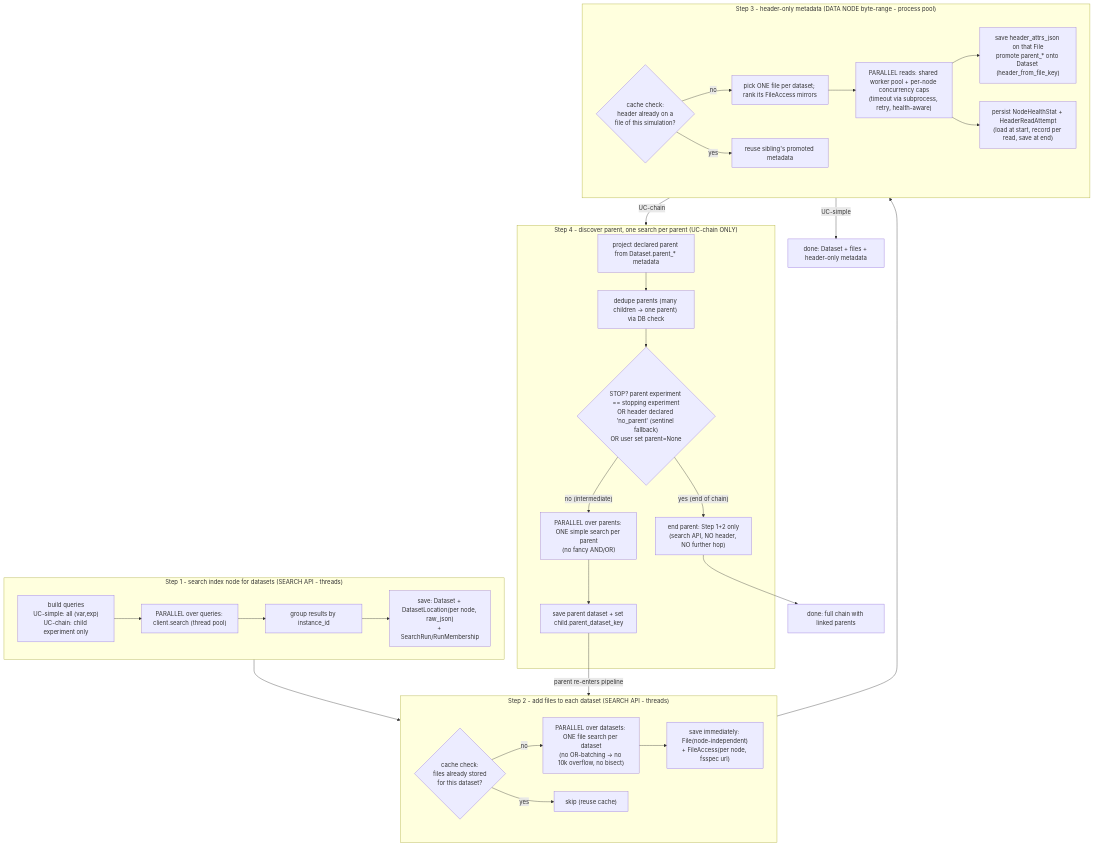
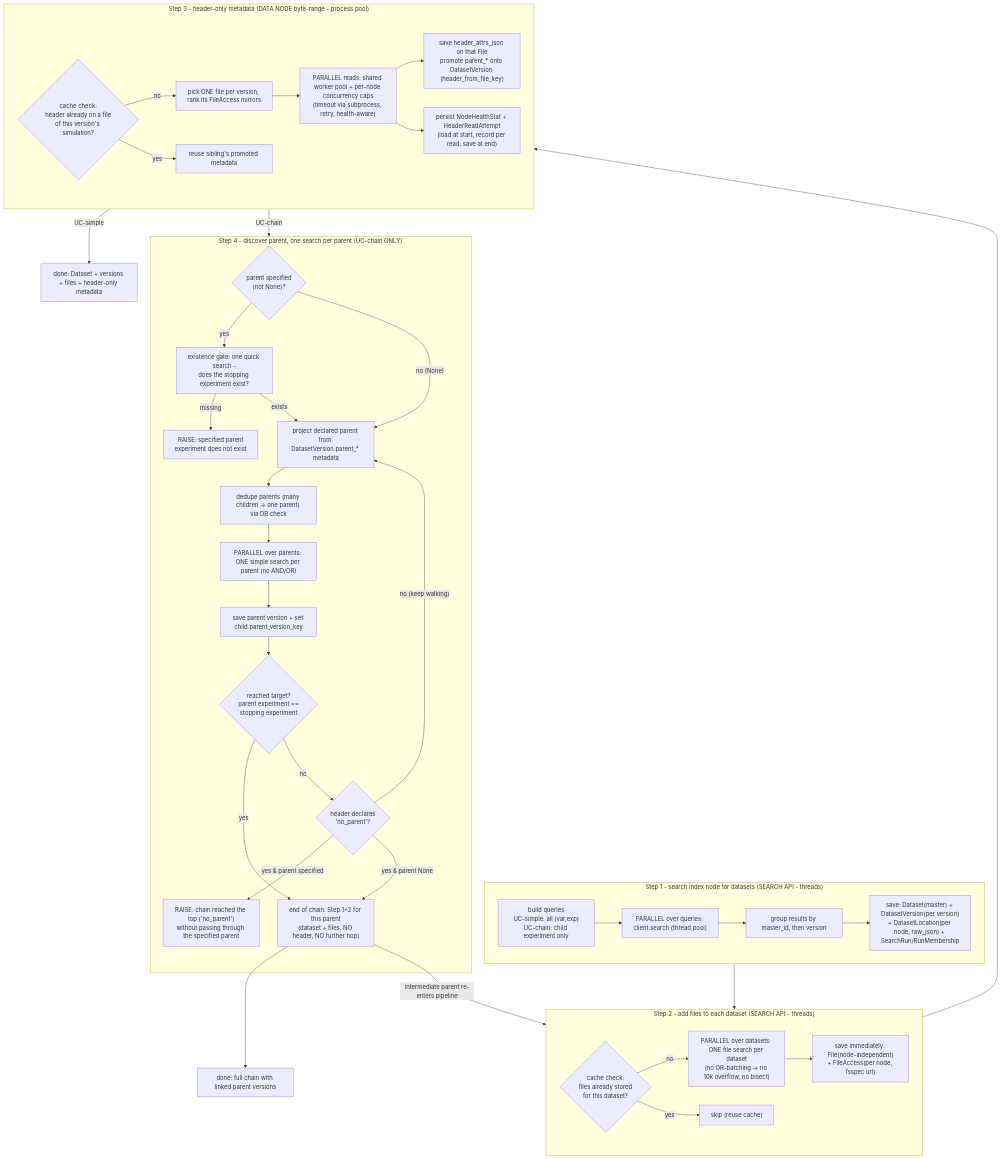
One commit to znicholls/CMIP-Data-Manager-Playground changed the second of 2 diagrams in design/search-workflow.md. Above: the diagram before and after it, drawn with Mermaid. The commit also changed other lines of this file and 13 other files, not shown here.

````diff
--- a/design/search-workflow.md
+++ b/design/search-workflow.md
@@ -125,46 +172,59 @@
 ```mermaid
 flowchart TD
     subgraph S1["Step 1 - search index node for datasets (SEARCH API - threads)"]
         A1["build queries<br/>UC-simple: all (var,exp)<br/>UC-chain: child experiment only"]
         A2["PARALLEL over queries: client.search (thread pool)"]
-        A3["group results by instance_id"]
-        A4["save: Dataset + DatasetLocation(per node, raw_json)<br/>+ SearchRun/RunMembership"]
+        A3["group results by master_id, then version"]
+        A4["save: Dataset(master) + DatasetVersion(per version)<br/>+ DatasetLocation(per node, raw_json) + SearchRun/RunMembership"]
         A1 --> A2 --> A3 --> A4
     end
 
     subgraph S2["Step 2 - add files to each dataset (SEARCH API - threads)"]
         B0{"cache check:<br/>files already stored<br/>for this dataset?"}
         B1["PARALLEL over datasets: ONE file search per dataset<br/>(no OR-batching -> no 10k overflow, no bisect)"]
         B2["save immediately: File(node-independent)<br/>+ FileAccess(per node, fsspec url)"]
         B0 -- no --> B1 --> B2
         B0 -- yes --> B2cache["skip (reuse cache)"]
     end
 
     subgraph S3["Step 3 - header-only metadata (DATA NODE byte-range - process pool)"]
-        C0{"cache check:<br/>header already on a<br/>file of this simulation?"}
-        C1["pick ONE file per dataset; rank its FileAccess mirrors"]
+        C0{"cache check:<br/>header already on a file<br/>of this version's simulation?"}
+        C1["pick ONE file per version; rank its FileAccess mirrors"]
         C2["PARALLEL reads: shared worker pool + per-node concurrency caps<br/>(timeout via subprocess, retry, health-aware)"]
-        C3["save header_attrs_json on that File<br/>promote parent_* onto Dataset (header_from_file_key)"]
+        C3["save header_attrs_json on that File<br/>promote parent_* onto DatasetVersion (header_from_file_key)"]
         CH["persist NodeHealthStat + HeaderReadAttempt<br/>(load at start, record per read, save at end)"]
         C0 -- no --> C1 --> C2 --> C3
         C2 --> CH
         C0 -- yes --> C3reuse["reuse sibling's promoted metadata"]
     end
 
     subgraph S4["Step 4 - discover parent, one search per parent (UC-chain ONLY)"]
-        D1["project declared parent from Dataset.parent_* metadata"]
+        P0{"parent specified<br/>(not None)?"}
+        P1["existence gate: one quick search -<br/>does the stopping experiment exist?"]
+        P1E["RAISE: specified parent<br/>experiment does not exist"]
+        D1["project declared parent from DatasetVersion.parent_* metadata"]
         D2["dedupe parents (many children -> one parent) via DB check"]
-        D3{"STOP? parent experiment == stopping experiment<br/>OR header declared 'no_parent' (sentinel fallback)<br/>OR user set parent=None"}
-        D4["PARALLEL over parents: ONE simple search per parent<br/>(no fancy AND/OR)"]
-        D5["save parent dataset + set child.parent_dataset_key"]
-        D1 --> D2 --> D3
-        D3 -- "no (intermediate)" --> D4 --> D5
-        D3 -- "yes (end of chain)" --> D6["end parent: Step 1+2 only<br/>(search API, NO header, NO further hop)"]
+        D4["PARALLEL over parents: ONE simple search per parent (no AND/OR)"]
+        D5["save parent version + set child.parent_version_key"]
+        DS{"reached target?<br/>parent experiment ==<br/>stopping experiment"}
+        DN{"header declares<br/>'no_parent'?"}
+        DE["RAISE: chain reached the top ('no_parent')<br/>without passing through the specified parent"]
+        OK["end of chain: Step 1+2 for this parent<br/>(dataset + files, NO header, NO further hop)"]
+        P0 -- "yes" --> P1
+        P1 -- "missing" --> P1E
+        P1 -- "exists" --> D1
+        P0 -- "no (None)" --> D1
+        D1 --> D2 --> D4 --> D5 --> DS
+        DS -- "yes" --> OK
+        DS -- "no" --> DN
+        DN -- "yes & parent specified" --> DE
+        DN -- "yes & parent None" --> OK
+        DN -- "no (keep walking)" --> D1
     end
 
     S1 --> S2 --> S3
-    S3 -->|UC-simple| DONE["done: Dataset + files + header-only metadata"]
+    S3 -->|UC-simple| DONE["done: Dataset + versions + files + header-only metadata"]
     S3 -->|UC-chain| S4
-    D5 -->|"parent re-enters pipeline"| S2
-    D6 --> DONE2["done: full chain with linked parents"]
+    OK -->|"intermediate parent re-enters pipeline"| S2
+    OK --> DONE2["done: full chain with linked parent versions"]
 ```
````
